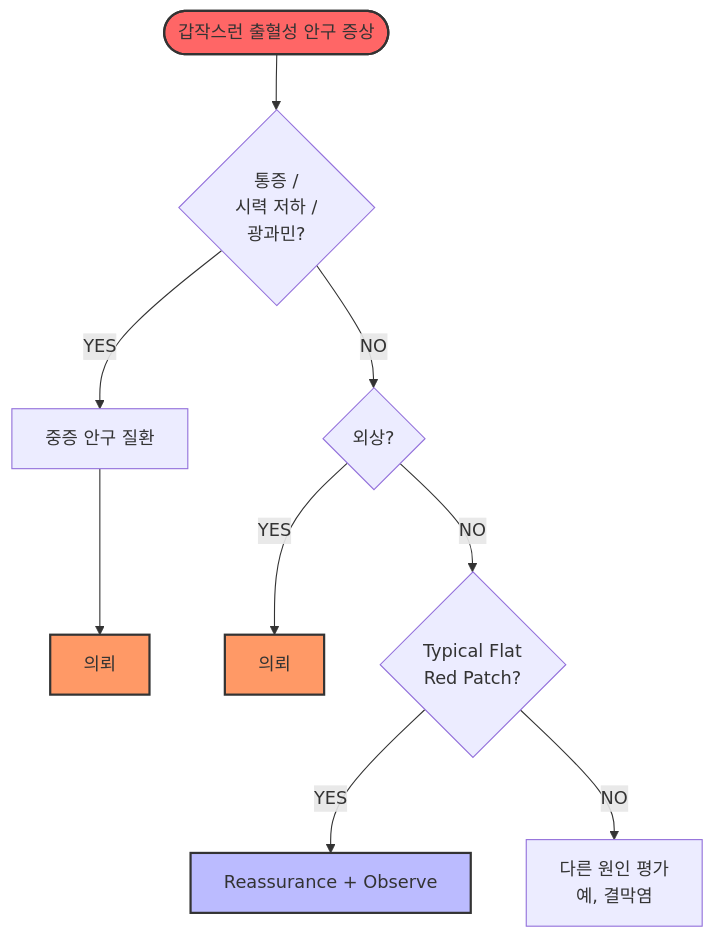
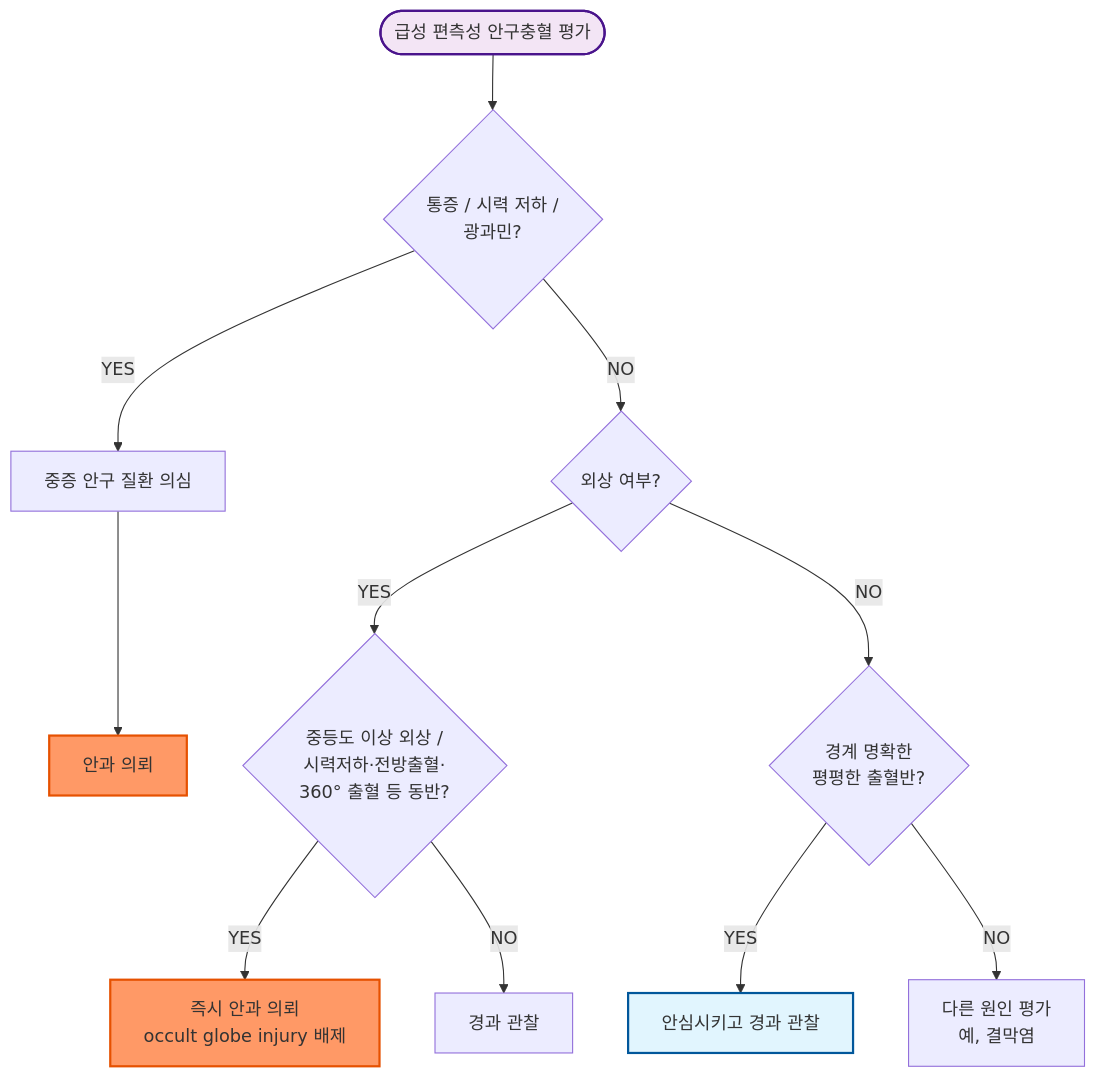
The diagram in 222_/044_-subconjunctival-hemorrhage.md (familyoh77/familyoh77), drawn with Mermaid before and after one commit. The commit also changed other lines of this file, not shown here.

````diff
--- a/222_/044_-subconjunctival-hemorrhage.md
+++ b/222_/044_-subconjunctival-hemorrhage.md
@@ -72,23 +71,24 @@
 ```mermaid
 graph TD
-    Start([갑작스런 출혈성 안구 증상]) --> CheckSymptoms{통증 / 
-    시력 저하 /<br/>광과민?}
+    Start([급성 편측성 안구충혈 평가]) --> CheckSymptoms{통증 / 시력 저하 /<br/>광과민?}
     
-    CheckSymptoms -- YES --> Serious[중증 안구 질환]
-    Serious --> Refer1[의뢰]
+    CheckSymptoms -- YES --> Serious[중증 안구 질환 의심]
+    Serious --> Refer1[안과 의뢰]
     
-    CheckSymptoms -- NO --> CheckTrauma{외상?}
+    CheckSymptoms -- NO --> CheckTrauma{외상 여부?}
     
-    CheckTrauma -- YES --> Refer2[의뢰]
+    CheckTrauma -- YES --> CheckSevere{중등도 이상 외상 /<br/>시력저하·전방출혈·<br/>360° 출혈 등 동반?}
     
-    CheckTrauma -- NO --> CheckAppearance{Typical Flat<br/>Red Patch?}
+    CheckSevere -- YES --> Refer2[즉시 안과 의뢰<br/>occult globe injury 배제]
+    CheckSevere -- NO --> Observe1[경과 관찰]
     
-    CheckAppearance -- YES --> Action[Reassurance + Observe]
+    CheckTrauma -- NO --> CheckAppearance{경계 명확한<br/>평평한 출혈반?}
+    
+    CheckAppearance -- YES --> Action[안심시키고 경과 관찰]
     CheckAppearance -- NO --> Other[다른 원인 평가<br/>예, 결막염]
 
-    style Refer1 fill:#f96,stroke:#333,stroke-width:2px
-    style Refer2 fill:#f96,stroke:#333,stroke-width:2px
-    style Action fill:#bbf,stroke:#333,stroke-width:2px
-    style Start fill:#f66,stroke:#333,stroke-width:2px
-    
+    style Refer1 fill:#f96,stroke:#e65100,stroke-width:2px
+    style Refer2 fill:#f96,stroke:#e65100,stroke-width:2px
+    style Action fill:#e1f5fe,stroke:#01579b,stroke-width:2px
+    style Start fill:#f3e5f5,stroke:#4a148c,stroke-width:2px
 ```
````
